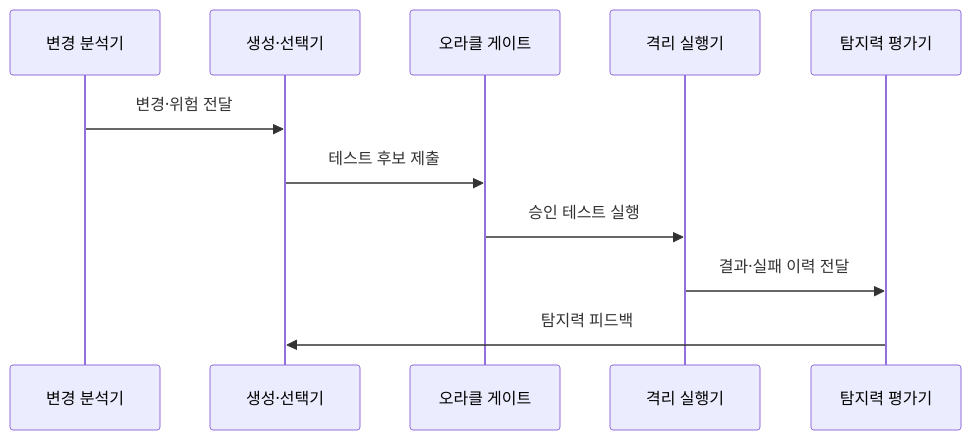
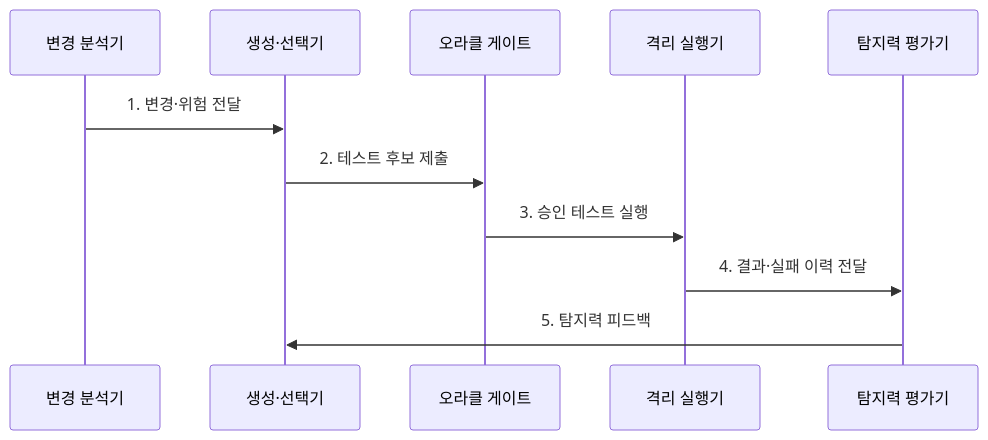
The second of 2 diagrams in src/content/docs/notes/03-software/207_ai_test_automation.md (agnusdei1207/knowledge-base), drawn with Mermaid before and after one commit. The commit also changed other lines of this file and 20 other files, not shown here.

````diff
--- a/src/content/docs/notes/03-software/207_ai_test_automation.md
+++ b/src/content/docs/notes/03-software/207_ai_test_automation.md
@@ -84,13 +85,13 @@
 ```mermaid
 sequenceDiagram
     participant C as 변경 분석기
     participant G as 생성·선택기
     participant O as 오라클 게이트
     participant E as 격리 실행기
     participant A as 탐지력 평가기
-    C->>G: 변경·위험 전달
-    G->>O: 테스트 후보 제출
-    O->>E: 승인 테스트 실행
-    E->>A: 결과·실패 이력 전달
-    A->>G: 탐지력 피드백
+    C->>G: 1. 변경·위험 전달
+    G->>O: 2. 테스트 후보 제출
+    O->>E: 3. 승인 테스트 실행
+    E->>A: 4. 결과·실패 이력 전달
+    A->>G: 5. 탐지력 피드백
 ```
````
